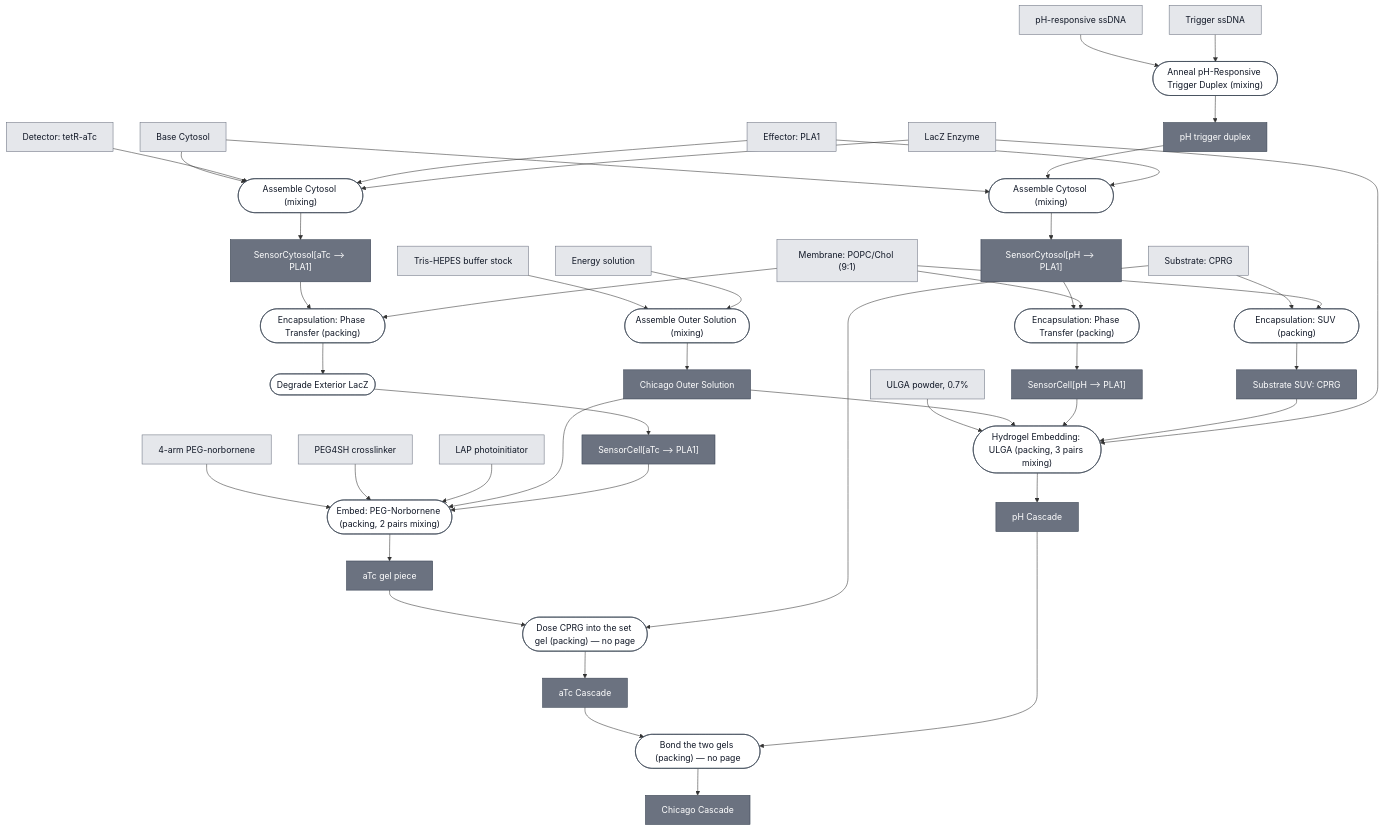
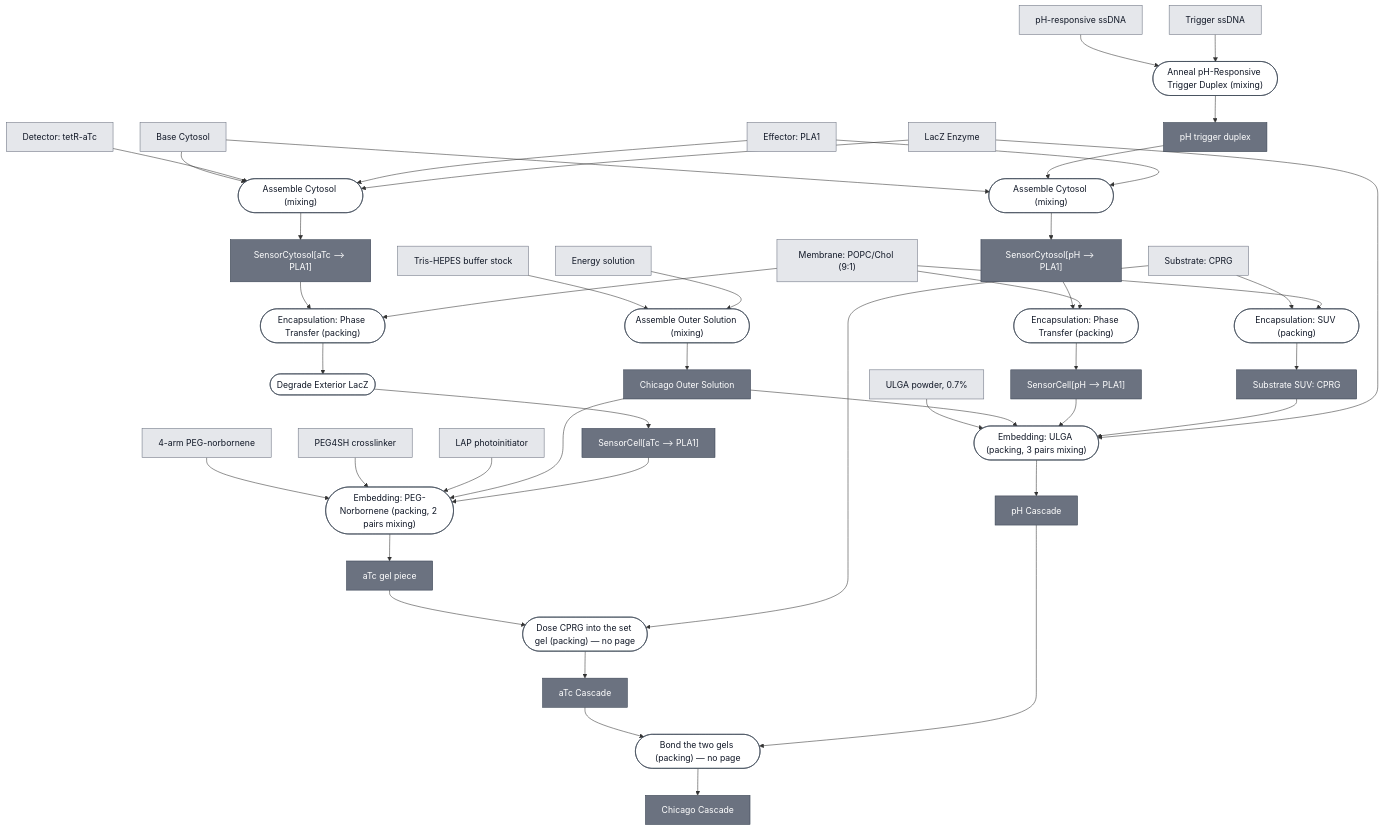
Before and after one commit to nucleus-eng/nucleus-docs: the diagram in docs/modules/chicago-cascade/spec.md, drawn with Mermaid. The commit also changed 42 other files, not shown here.

First line of the commit message:
All five embedding routes become Embedding: X, and Embed: was my outlier

```diff
--- a/docs/modules/chicago-cascade/spec.md
+++ b/docs/modules/chicago-cascade/spec.md
@@ -58,7 +58,7 @@
     P3_ENCAPSULATE_ATC_0(["Encapsulation: Phase Transfer (packing)"])
     P3_ENCAPSULATE_ATC_1(["Degrade Exterior LacZ"])
     ATC_SENSING_CELL["SensorCell[aTc ⟶ PLA1]"]
-    P4_PHOTODEVELOP_ATC_GEL_0(["Embed: PEG-Norbornene (packing, 2 pairs mixing)"])
+    P4_PHOTODEVELOP_ATC_GEL_0(["Embedding: PEG-Norbornene (packing, 2 pairs mixing)"])
     ATC_GEL["aTc gel piece"]
     P5_DOSE_CPRG_INTO_ATC_GEL_0(["Dose CPRG into the set gel (packing) — no page"])
     ATC_CASCADE["aTc Cascade"]
@@ -70,7 +70,7 @@
     PH_SENSING_CELL["SensorCell[pH ⟶ PLA1]"]
     P9_ENCAPSULATE_SUBSTRATE_SUV_0(["Encapsulation: SUV (packing)"])
     SUBSTRATE_CPRG_SUV["Substrate SUV: CPRG"]
-    P10_EMBED_AGAROSE_0(["Hydrogel Embedding: ULGA (packing, 3 pairs mixing)"])
+    P10_EMBED_AGAROSE_0(["Embedding: ULGA (packing, 3 pairs mixing)"])
     PH_CASCADE["pH Cascade"]
     P11_BOND_GELS_0(["Bond the two gels (packing) — no page"])
     CHICAGO_CASCADE["Chicago Cascade"]
```
